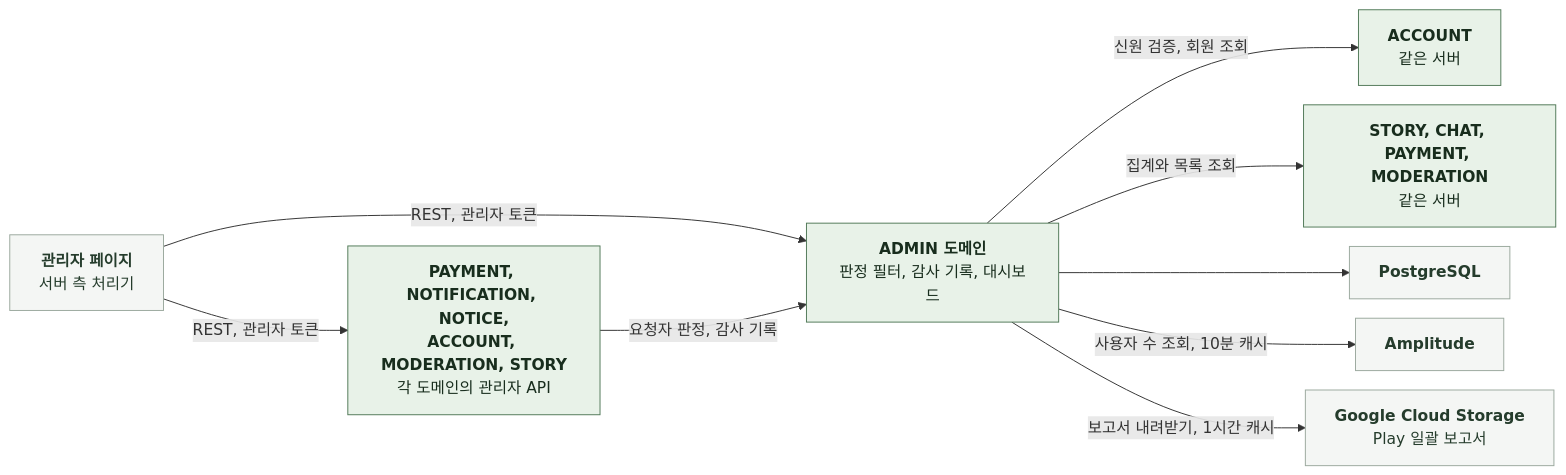
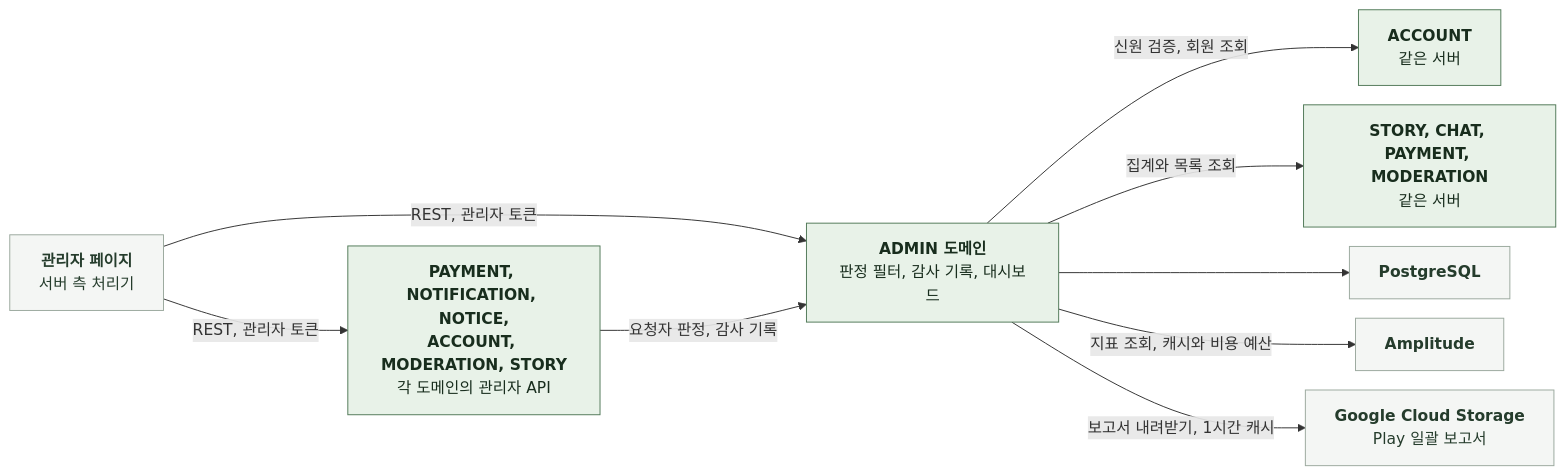
One commit to KIM-N-KANG/knk-harness changed the diagram in docs/domain/ADMIN/BACKEND/3-1-SOFTWARE-ARCHITECTURE.md. Above: the diagram before and after it, drawn with Mermaid. The commit also changed other lines of this file and 11 other files, not shown here.

````diff
--- a/docs/domain/ADMIN/BACKEND/3-1-SOFTWARE-ARCHITECTURE.md
+++ b/docs/domain/ADMIN/BACKEND/3-1-SOFTWARE-ARCHITECTURE.md
@@ -21,23 +21,23 @@
 ```mermaid
 %%{init: {"flowchart": {"curve": "basis", "nodeSpacing": 20, "rankSpacing": 60}}}%%
 flowchart LR
     A["`**관리자 페이지**
 서버 측 처리기`"] -->|REST, 관리자 토큰| S["`**ADMIN 도메인**
 판정 필터, 감사 기록, 대시보드`"]
     A -->|REST, 관리자 토큰| O["`**PAYMENT, NOTIFICATION, NOTICE,
 ACCOUNT, MODERATION, STORY**
 각 도메인의 관리자 API`"]
     O -->|요청자 판정, 감사 기록| S
     S -->|신원 검증, 회원 조회| AC["`**ACCOUNT**
 같은 서버`"]
     S -->|집계와 목록 조회| R["`**STORY, CHAT, PAYMENT, MODERATION**
 같은 서버`"]
     S --> DB["`**PostgreSQL**`"]
-    S -->|사용자 수 조회, 10분 캐시| AM["`**Amplitude**`"]
+    S -->|지표 조회, 캐시와 비용 예산| AM["`**Amplitude**`"]
     S -->|보고서 내려받기, 1시간 캐시| GCS["`**Google Cloud Storage**
 Play 일괄 보고서`"]
     classDef ext fill:#F4F6F4,stroke:#9BA99E,color:#253C2C
     classDef comp fill:#E8F2E8,stroke:#527A59,color:#182D1D
     class A,DB,AM,GCS ext
     class S,O,AC,R comp
 ```
````
